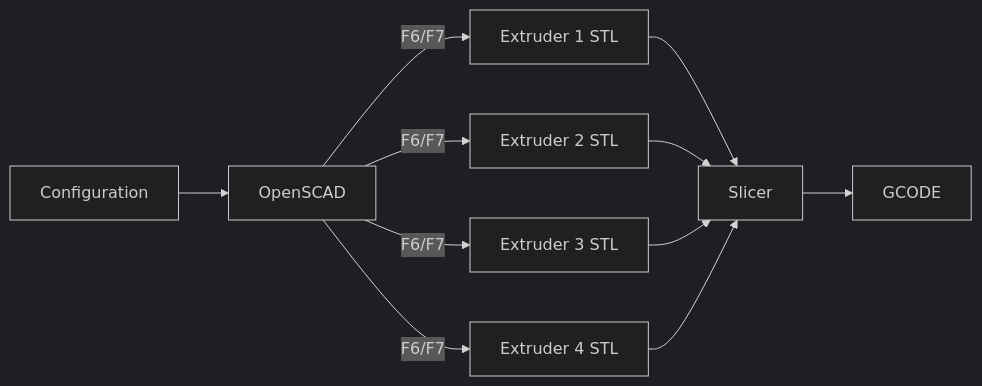
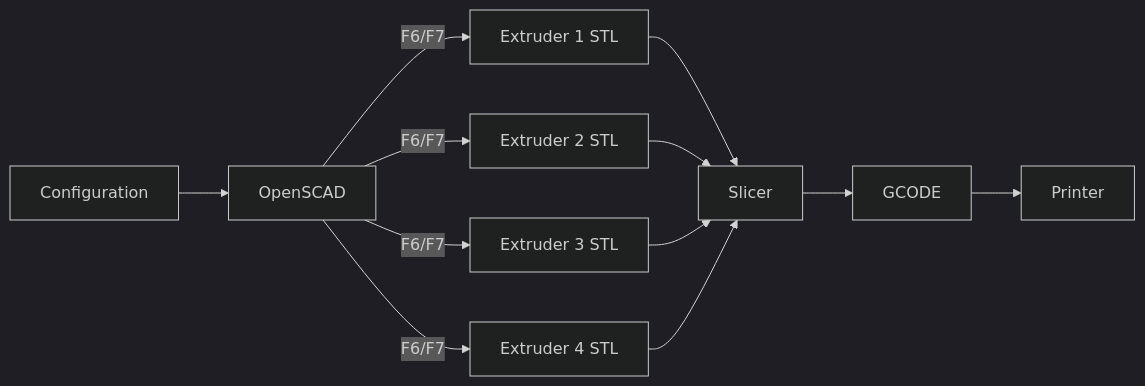
One commit to jeffbarr/TruchetTilings changed the diagram in README.md. Above: the diagram before and after it, drawn with Mermaid (dark theme).

Commit message:
Add printer

````diff
--- a/README.md
+++ b/README.md
@@ -44,22 +44,23 @@
 ```mermaid
 flowchart LR
     A[Configuration]
     O[OpenSCAD]
     E1[Extruder 1 STL]
     E2[Extruder 2 STL]
     E3[Extruder 3 STL]
     E4[Extruder 4 STL]
 
     A --> O
     O --> |F6/F7| E1
     O --> |F6/F7| E2
     O --> |F6/F7| E3
     O --> |F6/F7| E4
 
     E1 --> Slicer
     E2 --> Slicer
     E3 --> Slicer
     E4 --> Slicer
 
     Slicer --> GCODE
+    GCODE --> Printer
 ```
````
